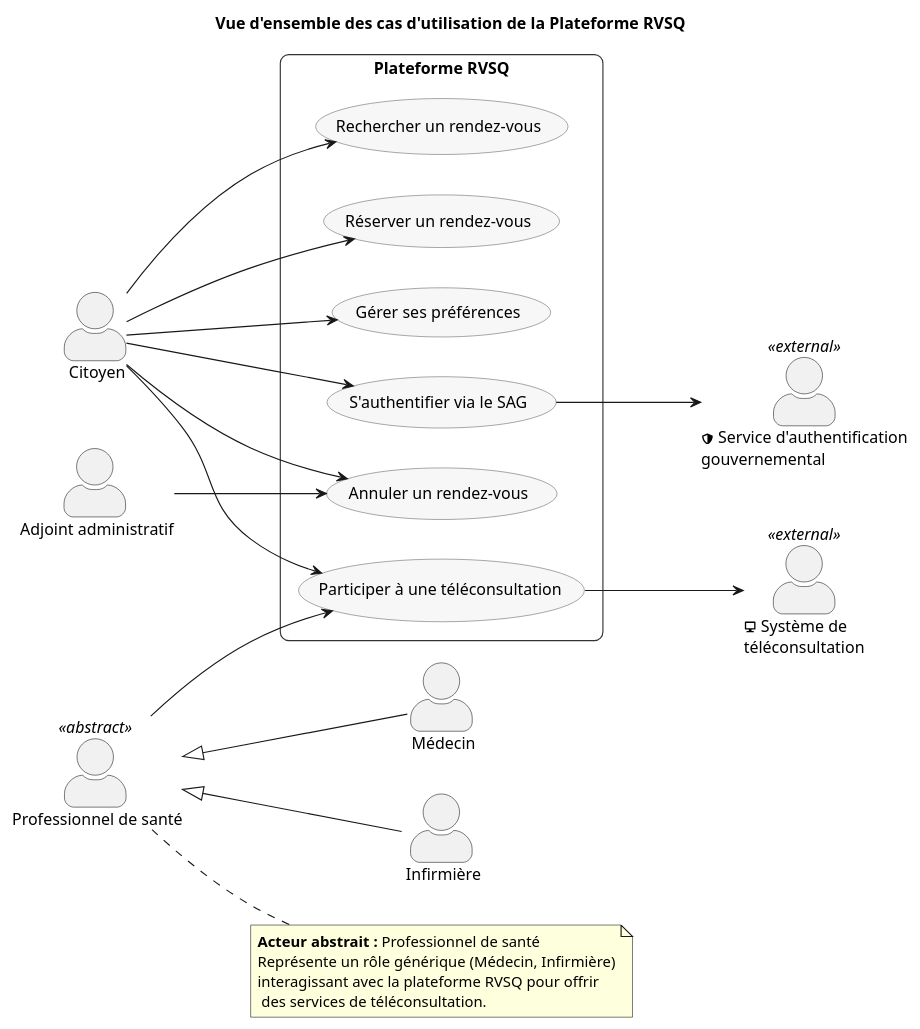
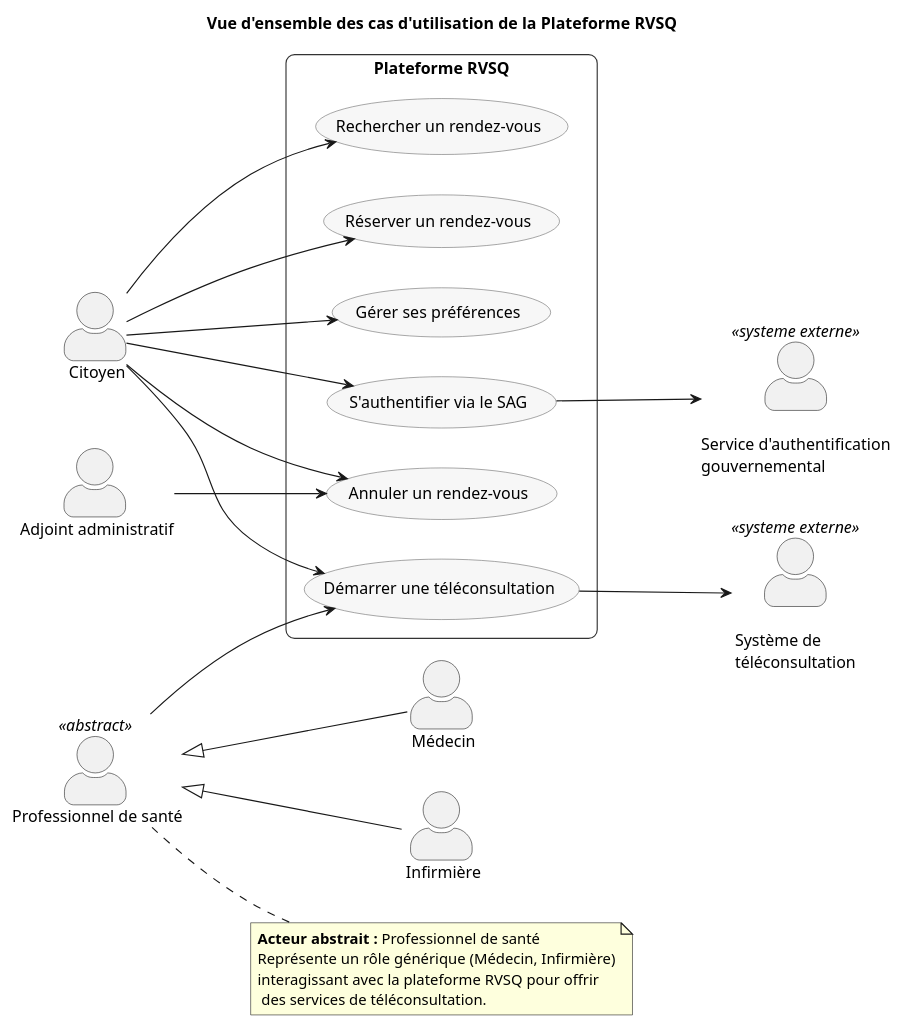
The diagram in RVSQ-UC-00_Vue_Ensemble.puml (serghino/use-cases-RVSQ), drawn with PlantUML before and after one commit. The commit also changed 1 other file, not shown here.

Commit message:
feat: updated diagram

```diff
--- a/RVSQ-UC-00_Vue_Ensemble.puml
+++ b/RVSQ-UC-00_Vue_Ensemble.puml
@@ -1,67 +1,66 @@
 @startuml RVSQ-UC-00_Vue_Ensemble
 left to right direction
 skinparam packageStyle rectangle
 skinparam actorStyle awesome
 skinparam usecase {
   BackgroundColor #F7F7F7
   BorderColor #666666
   FontSize 14
   FontColor #000000
 }
 skinparam rectangle {
   BackgroundColor #FFFFFF
   BorderColor #333333
   RoundCorner 15
 }
 title **Vue d'ensemble des cas d'utilisation de la Plateforme RVSQ**
 
 ' --- Acteurs primaires
 actor "<&user> Citoyen" as Citoyen
 actor "<&id-badge> Adjoint administratif" as Adjoint
 
 ' --- Professionnel de santé (abstrait) et ses spécialisations
 actor "<&user-md> Professionnel de santé" as Professionnel <<abstract>>
 actor "<&user-md> Médecin" as Medecin
 actor "<&user-nurse> Infirmière" as Infirmiere
 Professionnel <|-- Medecin
 Professionnel <|-- Infirmiere
 
-' --- Acteurs secondaires
-actor "<&shield> Service d'authentification\ngouvernemental" as SAG <<external>>
-actor "<&monitor> Système de\ntéléconsultation" as SysTelecons <<external>>
+actor "<&server>\nService d'authentification\ngouvernemental" as SAG <<systeme externe>>
+actor "<&server>\nSystème de\ntéléconsultation" as SysTelecons <<systeme externe>>
 
 rectangle "Plateforme RVSQ" {
   usecase "Rechercher un rendez-vous" as UC_Recherche
   usecase "Réserver un rendez-vous" as UC_Reservation
   usecase "Annuler un rendez-vous" as UC_Annulation
   usecase "Gérer ses préférences" as UC_Preferences
   usecase "S'authentifier via le SAG" as UC_Authentification
-  usecase "Participer à une téléconsultation" as UC_Teleconsultation
+  usecase "Démarrer une téléconsultation" as UC_Teleconsultation
 }
 
 ' --- Liens Citoyen
 Citoyen --> UC_Recherche
 Citoyen --> UC_Reservation
 Citoyen --> UC_Annulation
 Citoyen --> UC_Preferences
 Citoyen --> UC_Authentification
 Citoyen --> UC_Teleconsultation
 
 ' --- Liens Professionnels (Médecin/Infirmière)
 Professionnel --> UC_Teleconsultation
 
 ' --- Liens Adjoint
 Adjoint --> UC_Annulation
 
 ' --- Liens acteurs secondaires (à droite)
 UC_Authentification --> SAG
 UC_Teleconsultation --> SysTelecons
 
 note right of Professionnel
   **Acteur abstrait :** Professionnel de santé
   Représente un rôle générique (Médecin, Infirmière)
   interagissant avec la plateforme RVSQ pour offrir
    des services de téléconsultation.
 end note
 
 @enduml
```
